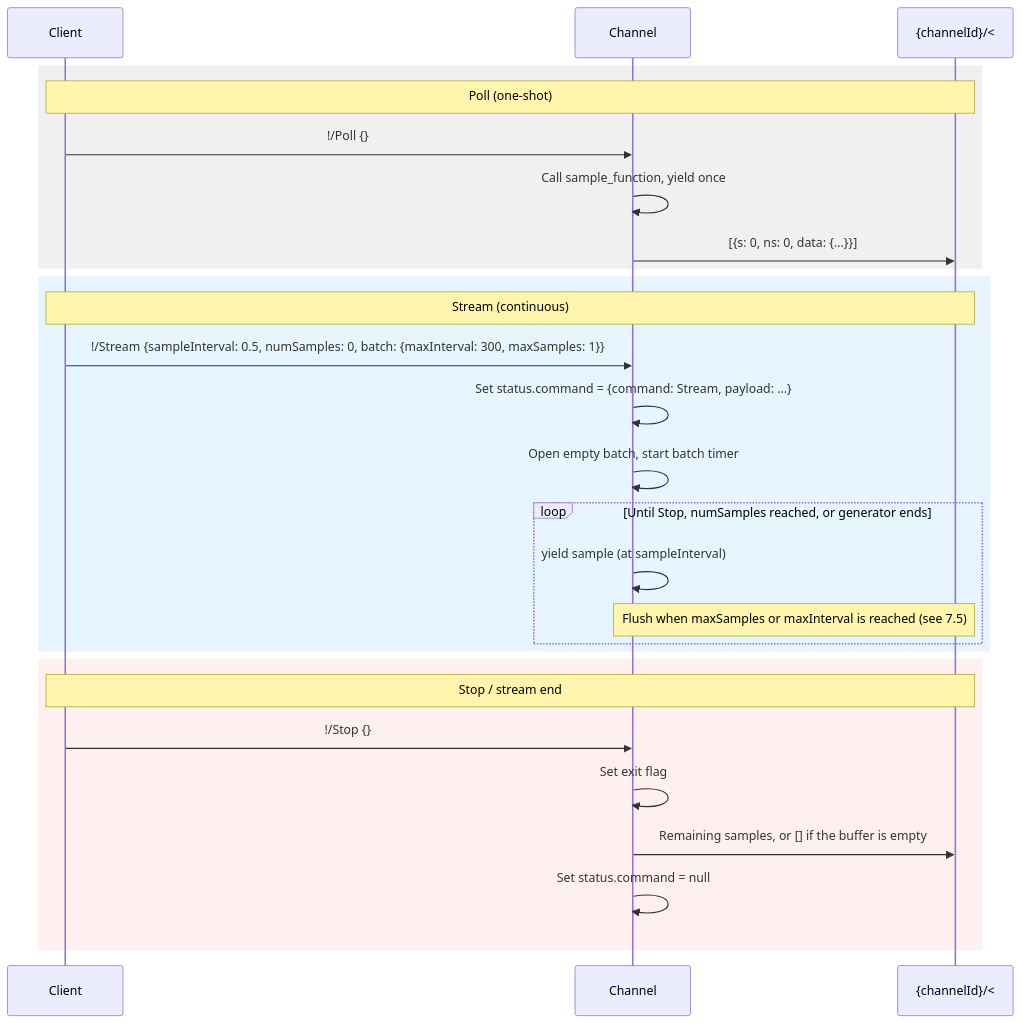
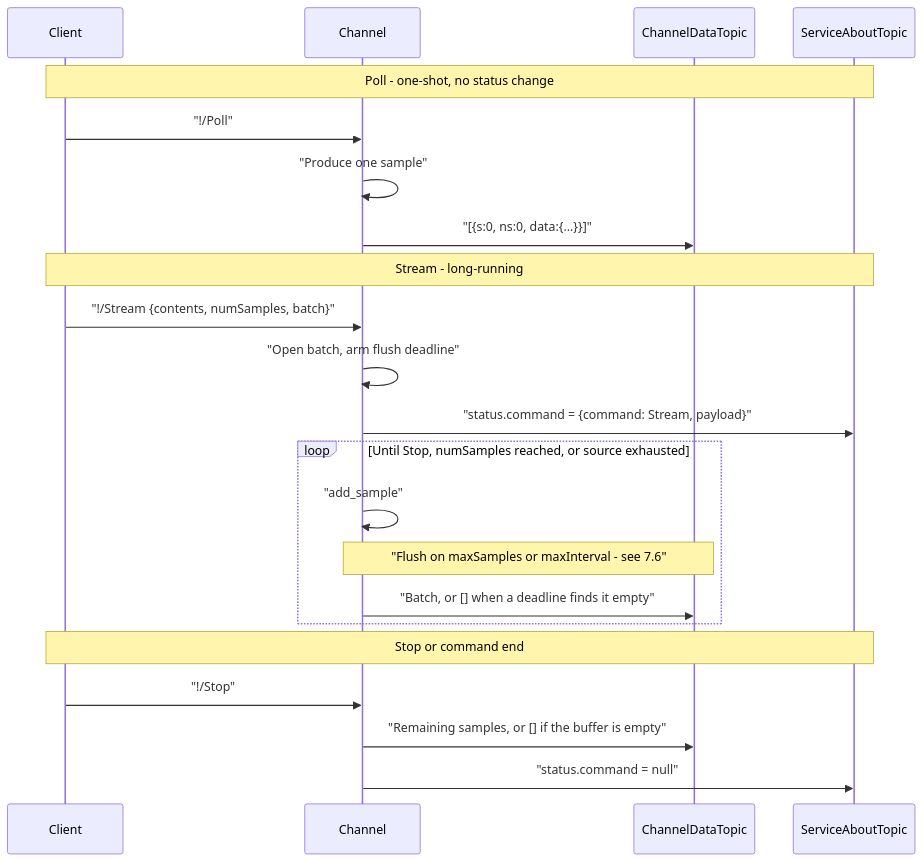
The fifth of 8 diagrams in docs/protocol.md (BuildLynx/lynx-sdk-python), drawn with Mermaid before and after one commit. The commit also changed other lines of this file and 19 other files, not shown here.

````diff
--- a/docs/protocol.md
+++ b/docs/protocol.md
@@ -445,32 +567,27 @@
 ```mermaid
 sequenceDiagram
     participant C as Client
     participant Ch as Channel
-    participant Out as {channelId}/<
+    participant Out as ChannelDataTopic
+    participant About as ServiceAboutTopic
 
-    rect rgb(240, 240, 240)
-        Note over C,Out: Poll (one-shot)
-        C->>Ch: !/Poll {}
-        Ch->>Ch: Call sample_function, yield once
-        Ch->>Out: [{s: 0, ns: 0, data: {...}}]
+    Note over C,About: Poll - one-shot, no status change
+    C->>Ch: "!/Poll"
+    Ch->>Ch: "Produce one sample"
+    Ch->>Out: "[{s:0, ns:0, data:{...}}]"
+
+    Note over C,About: Stream - long-running
+    C->>Ch: "!/Stream {contents, numSamples, batch}"
+    Ch->>Ch: "Open batch, arm flush deadline"
+    Ch->>About: "status.command = {command: Stream, payload}"
+    loop Until Stop, numSamples reached, or source exhausted
+        Ch->>Ch: "add_sample"
+        Note over Ch,Out: "Flush on maxSamples or maxInterval - see 7.6"
+        Ch->>Out: "Batch, or [] when a deadline finds it empty"
     end
 
-    rect rgb(230, 245, 255)
-        Note over C,Out: Stream (continuous)
-        C->>Ch: !/Stream {sampleInterval: 0.5, numSamples: 0, batch: {maxInterval: 300, maxSamples: 1}}
-        Ch->>Ch: Set status.command = {command: Stream, payload: ...}
-        Ch->>Ch: Open empty batch, start batch timer
-        loop Until Stop, numSamples reached, or generator ends
-            Ch->>Ch: yield sample (at sampleInterval)
-            Note over Ch,Out: Flush when maxSamples or maxInterval is reached (see 7.5)
-        end
-    end
-
-    rect rgb(255, 240, 240)
-        Note over C,Out: Stop / stream end
-        C->>Ch: !/Stop {}
-        Ch->>Ch: Set exit flag
-        Ch->>Out: Remaining samples, or [] if the buffer is empty
-        Ch->>Ch: Set status.command = null
-    end
+    Note over C,About: Stop or command end
+    C->>Ch: "!/Stop"
+    Ch->>Out: "Remaining samples, or [] if the buffer is empty"
+    Ch->>About: "status.command = null"
 ```
````
